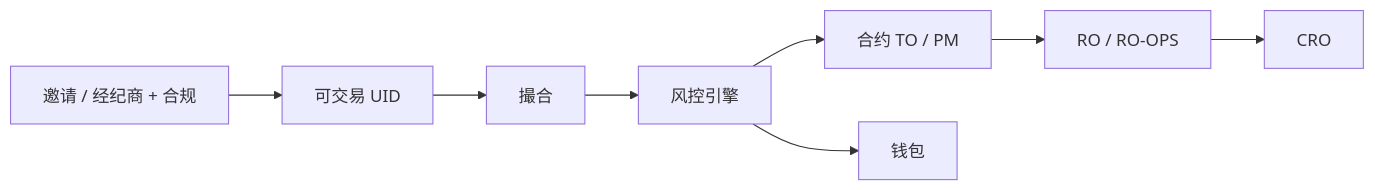
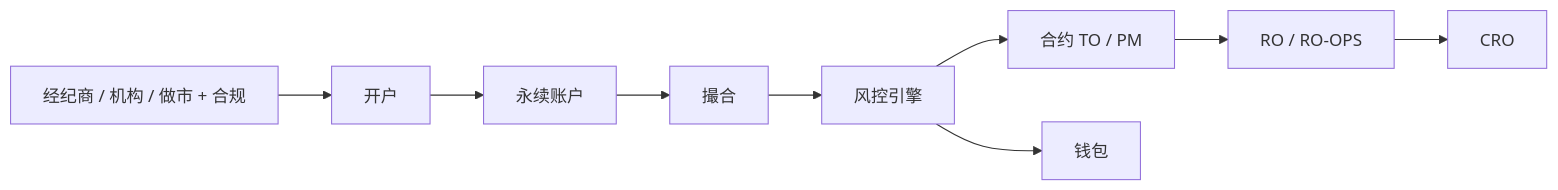
One commit to hxyan2020/PRD changed the sixth of 15 diagrams in docs/risk-handbook/zh-CN.md. Above: the diagram before and after it, drawn with Mermaid. The commit also changed other lines of this file and 63 other files, not shown here.

````diff
--- a/docs/risk-handbook/zh-CN.md
+++ b/docs/risk-handbook/zh-CN.md
@@ -374,10 +411,11 @@
 ```mermaid
 flowchart LR
-  ACC["邀请 / 经纪商 + 合规"] --> UID["可交易 UID"]
-  UID --> ME["撮合"]
+  ACC["经纪商 / 机构 / 做市 + 合规"] --> OA["开户"]
+  OA --> PA["永续账户"]
+  PA --> ME["撮合"]
   ME --> RE["风控引擎"]
   RE --> FUT["合约 TO / PM"]
   FUT --> RO["RO / RO-OPS"]
   RE --> WO["钱包"]
   RO --> CRO["CRO"]
 ```
````
